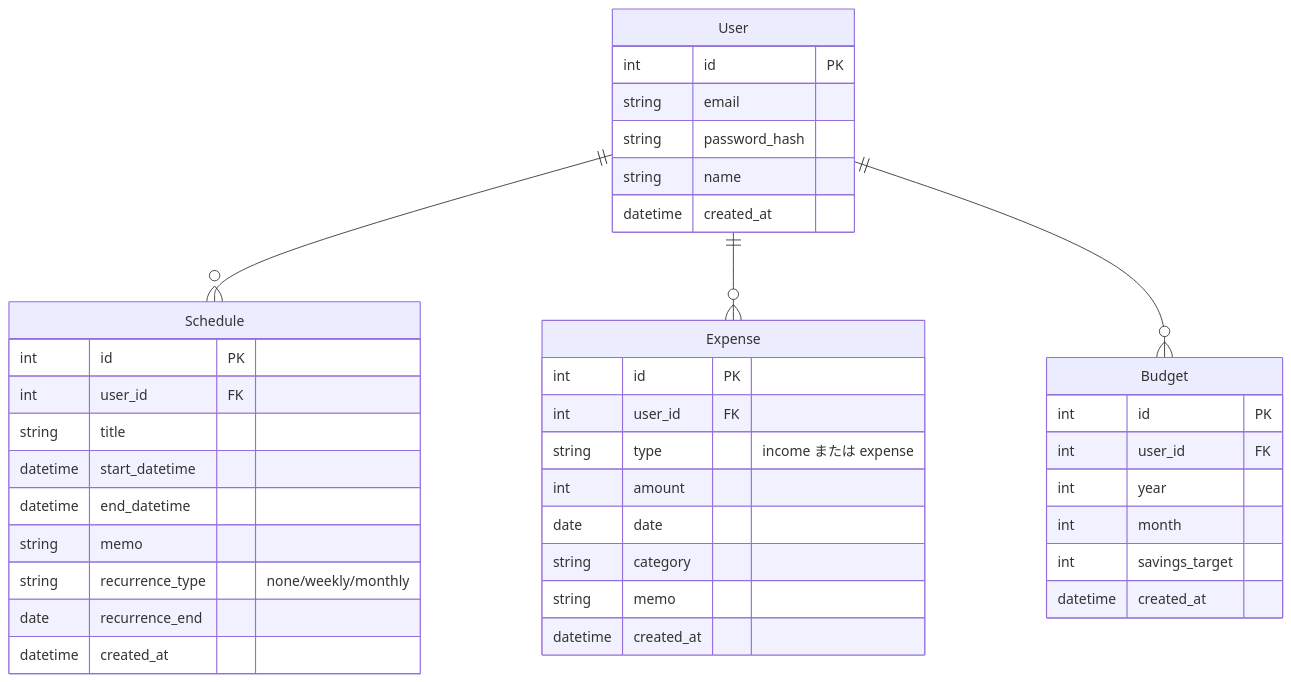
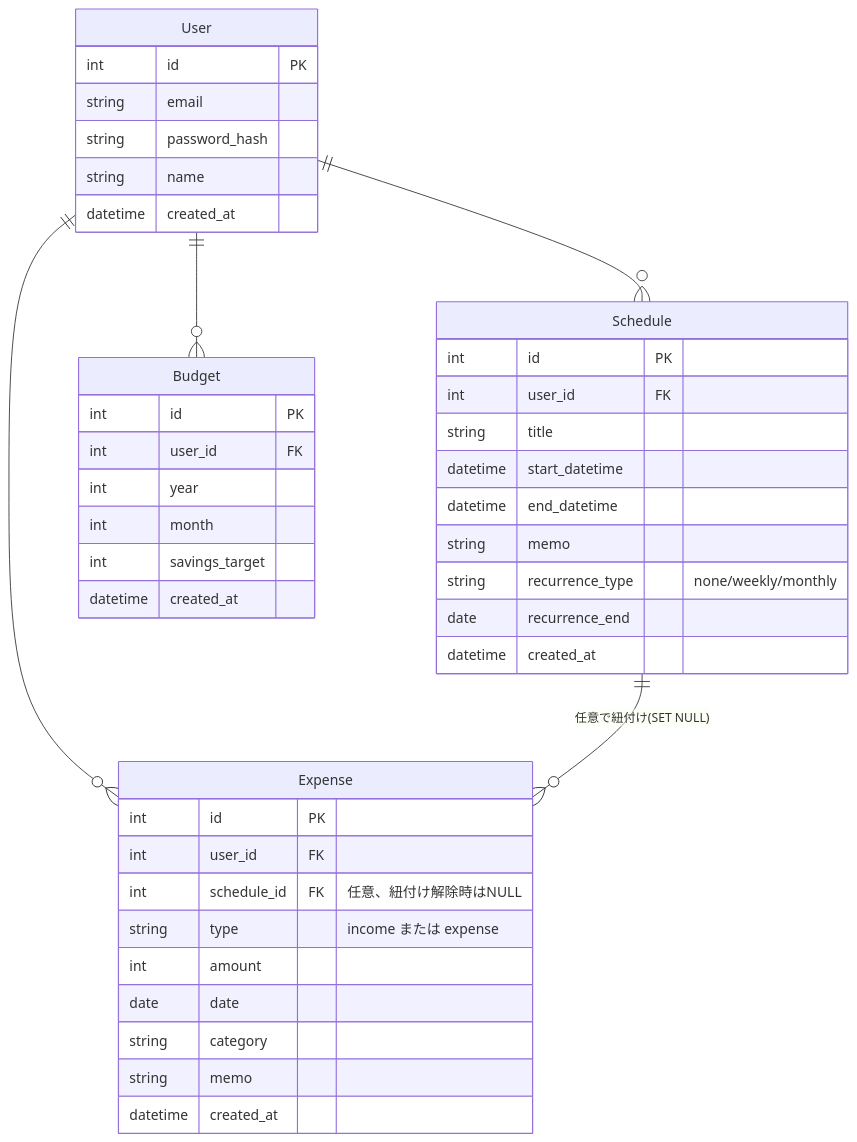
Before and after one commit to kmrtk/PlannerwithExpense: the second of 2 diagrams in docs/03_structure.md, drawn with Mermaid. The commit also changed other lines of this file and 1 other file, not shown here.

Commit message:
#114 README機能一覧を表形式にし画面遷移図・ER図を追加、ER図を修正
READMEの「3. 機能一覧」を要件定義書と同じ機能ID付き表形式にし、
画面遷移図・ER図を追加した。あわせて、docs/03_structure.mdのER図に
Expense.schedule_idのFK（予定との紐付け機能）が未反映のままだったため、
現在のスキーマに合わせて修正した。

````diff
--- a/docs/03_structure.md
+++ b/docs/03_structure.md
@@ -53,43 +53,45 @@
 ```mermaid
 erDiagram
     User {
         int id PK
         string email
         string password_hash
         string name
         datetime created_at
     }
     Schedule {
         int id PK
         int user_id FK
         string title
         datetime start_datetime
         datetime end_datetime
         string memo
         string recurrence_type "none/weekly/monthly"
         date recurrence_end
         datetime created_at
     }
     Expense {
         int id PK
         int user_id FK
+        int schedule_id FK "任意、紐付け解除時はNULL"
         string type "income または expense"
         int amount
         date date
         string category
         string memo
         datetime created_at
     }
     Budget {
         int id PK
         int user_id FK
         int year
         int month
         int savings_target
         datetime created_at
     }
 
     User ||--o{ Schedule : ""
     User ||--o{ Expense : ""
     User ||--o{ Budget : ""
+    Schedule ||--o{ Expense : "任意で紐付け(SET NULL)"
 ```
````
